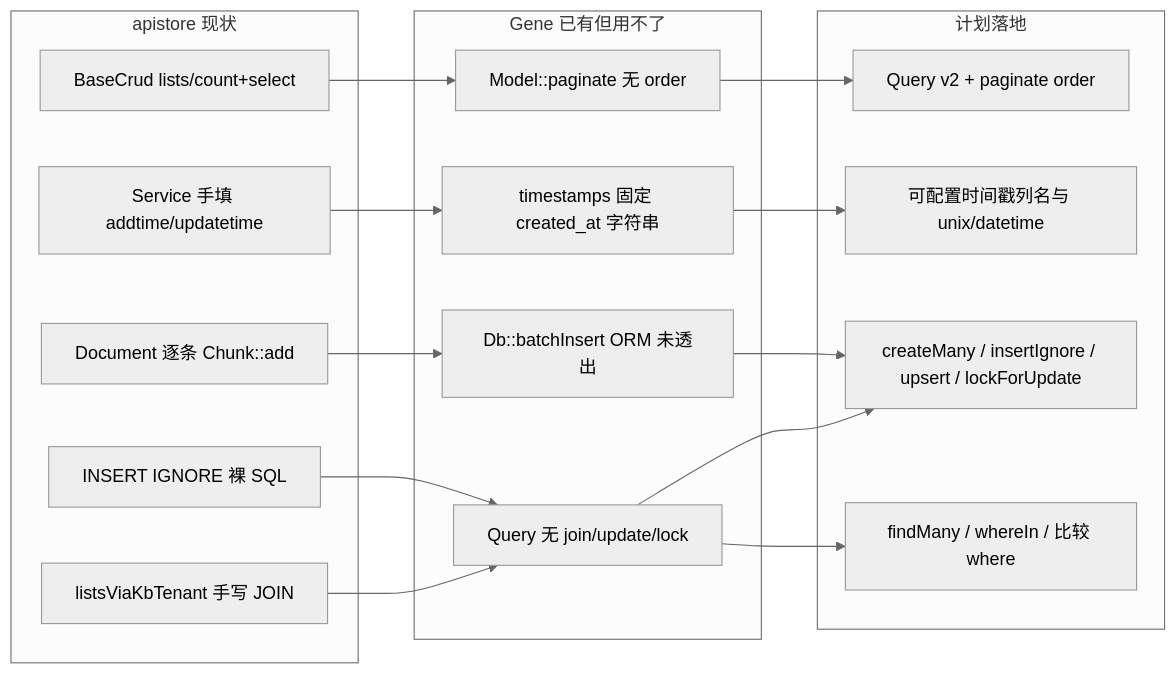
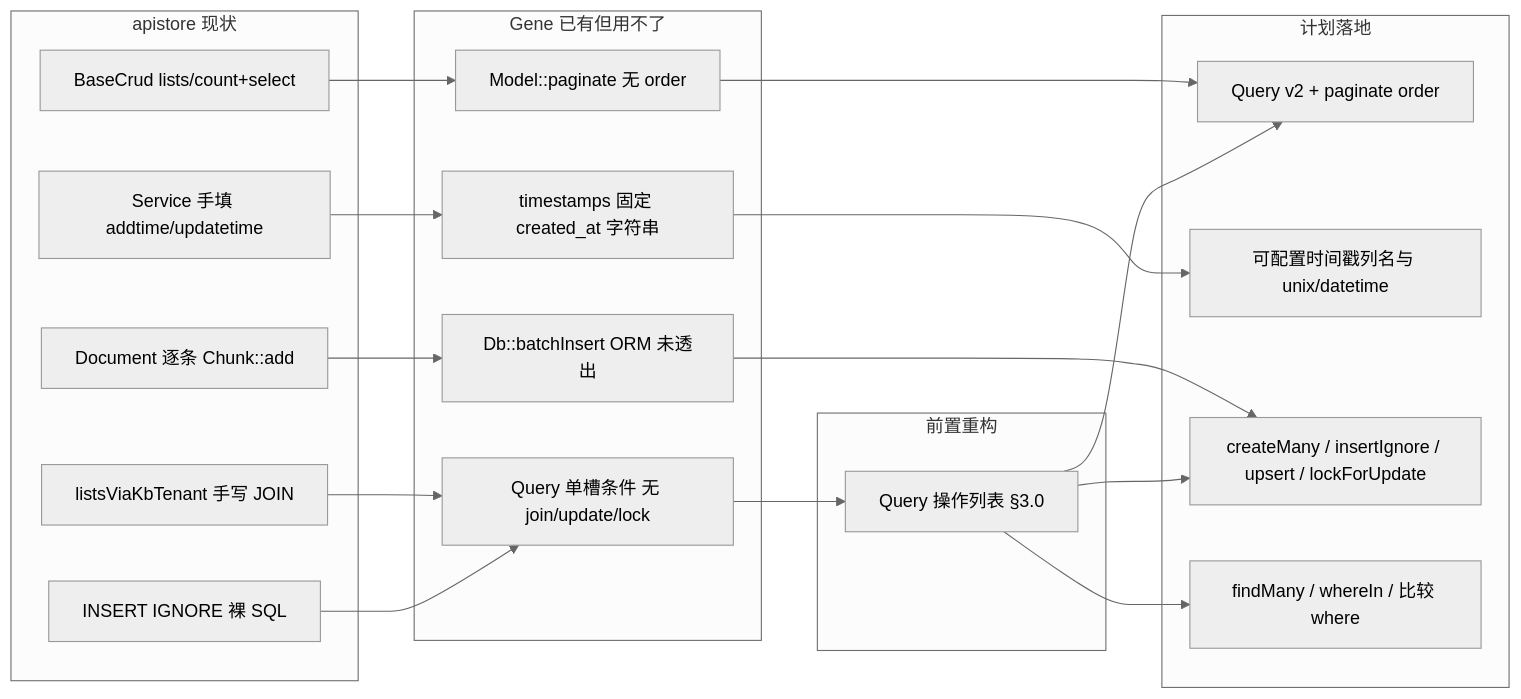
One commit to sasou/gene changed the diagram in plan/apistore-usage-driven.md. Above: the diagram before and after it, drawn with Mermaid (neutral theme). The commit also changed other lines of this file, not shown here.

````diff
--- a/plan/apistore-usage-driven.md
+++ b/plan/apistore-usage-driven.md
@@ -56,32 +73,37 @@
 ```mermaid
 flowchart LR
   subgraph apistore [apistore 现状]
     BaseCrud["BaseCrud lists/count+select"]
     Timestamps["Service 手填 addtime/updatetime"]
     Batch["Document 逐条 Chunk::add"]
     Ignore["INSERT IGNORE 裸 SQL"]
     Join["listsViaKbTenant 手写 JOIN"]
   end
   subgraph geneNow [Gene 已有但用不了]
     Paginate["Model::paginate 无 order"]
     Ts["timestamps 固定 created_at 字符串"]
     Bi["Db::batchInsert ORM 未透出"]
-    Q["Query 无 join/update/lock"]
+    Q["Query 单槽条件 无 join/update/lock"]
+  end
+  subgraph pre [前置重构]
+    Ops["Query 操作列表 §3.0"]
   end
   subgraph geneNext [计划落地]
     Q2["Query v2 + paginate order"]
     Ts2["可配置时间戳列名与 unix/datetime"]
     Write["createMany / insertIgnore / upsert / lockForUpdate"]
     Find["findMany / whereIn / 比较 where"]
   end
   BaseCrud --> Paginate
   Timestamps --> Ts
   Batch --> Bi
   Ignore --> Q
   Join --> Q
-  Paginate --> Q2
+  Q --> Ops
+  Ops --> Q2
+  Ops --> Find
+  Ops --> Write
   Ts --> Ts2
   Bi --> Write
-  Q --> Write
-  Q --> Find
+  Paginate --> Q2
 ```
````
